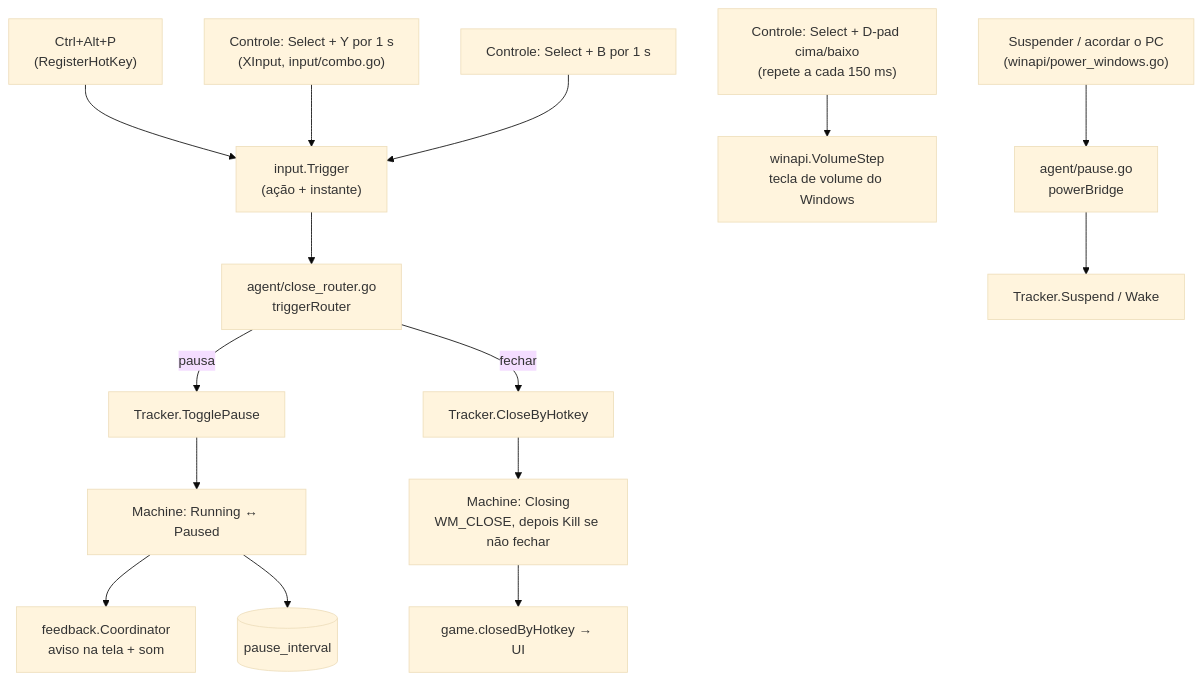
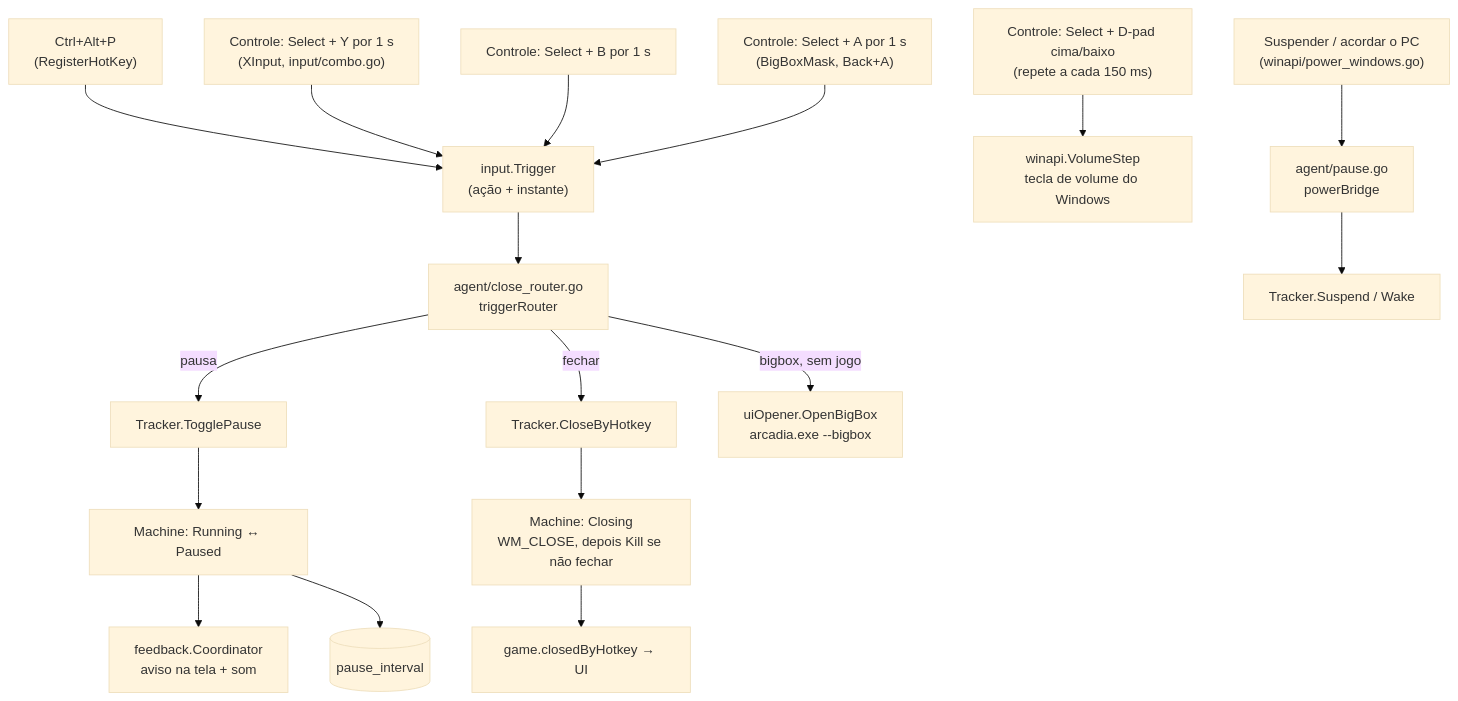
Before and after one commit to angelo848/arcadia: the fifth of 9 diagrams in docs/GUIA-DO-PROJETO.md, drawn with Mermaid (base theme). The commit also changed other lines of this file and 4 other files, not shown here.

````diff
--- a/docs/GUIA-DO-PROJETO.md
+++ b/docs/GUIA-DO-PROJETO.md
@@ -522,17 +526,19 @@
 ```mermaid
 flowchart TD
     K["Ctrl+Alt+P<br/>(RegisterHotKey)"] --> TRG
     P["Controle: Select + Y por 1 s<br/>(XInput, input/combo.go)"] --> TRG
     C["Controle: Select + B por 1 s"] --> TRG
+    BBX["Controle: Select + A por 1 s<br/>(BigBoxMask, Back+A)"] --> TRG
     V["Controle: Select + D-pad cima/baixo<br/>(repete a cada 150 ms)"] --> VOL["winapi.VolumeStep<br/>tecla de volume do Windows"]
     TRG["input.Trigger<br/>(ação + instante)"] --> RT["agent/close_router.go<br/>triggerRouter"]
     PW["Suspender / acordar o PC<br/>(winapi/power_windows.go)"] --> PB["agent/pause.go<br/>powerBridge"]
     RT -->|pausa| TP["Tracker.TogglePause"]
     RT -->|fechar| CH["Tracker.CloseByHotkey"]
+    RT -->|bigbox, sem jogo| OP["uiOpener.OpenBigBox<br/>arcadia.exe --bigbox"]
     PB --> SW["Tracker.Suspend / Wake"]
     TP --> M["Machine: Running ↔ Paused"]
     CH --> M2["Machine: Closing<br/>WM_CLOSE, depois Kill se não fechar"]
     M --> FB["feedback.Coordinator<br/>aviso na tela + som"]
     M --> DB[("pause_interval")]
     M2 --> EV["game.closedByHotkey → UI"]
 ```
````
